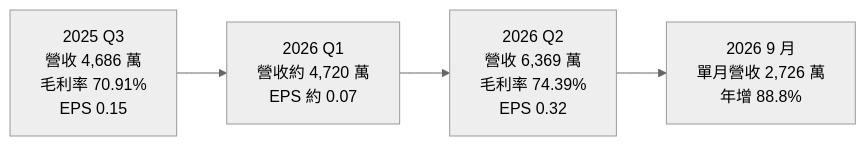
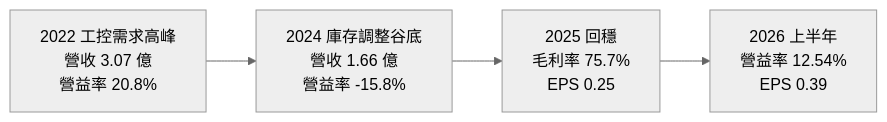
Before and after one commit to wangnick1004/taiwan-stock-vault: the third of 4 diagrams in 個股/台股/3094聯傑.md, drawn with Mermaid (neutral theme). The commit also changed other lines of this file and 142 other files, not shown here.

````diff
--- a/個股/台股/3094聯傑.md
+++ b/個股/台股/3094聯傑.md
@@ -143,4 +144,4 @@
 ```mermaid
 flowchart LR
-    Q3["2025 Q3<br/>營收 4,686 萬<br/>毛利率 70.91%<br/>EPS 0.15"] --> Q1["2026 Q1<br/>營收約 4,720 萬<br/>EPS 約 0.07"] --> Q2["2026 Q2<br/>營收 6,369 萬<br/>毛利率 74.39%<br/>EPS 0.32"] --> Q3b["2026 9 月<br/>單月營收 2,726 萬<br/>年增 88.8%"]
+    Y22["2022 工控需求高峰<br/>營收 3.07 億<br/>營益率 20.8%"] --> Y24["2024 庫存調整谷底<br/>營收 1.66 億<br/>營益率 -15.8%"] --> Y25["2025 回穩<br/>毛利率 75.7%<br/>EPS 0.25"] --> H26["2026 上半年<br/>營益率 12.54%<br/>EPS 0.39"]
 ```
````
